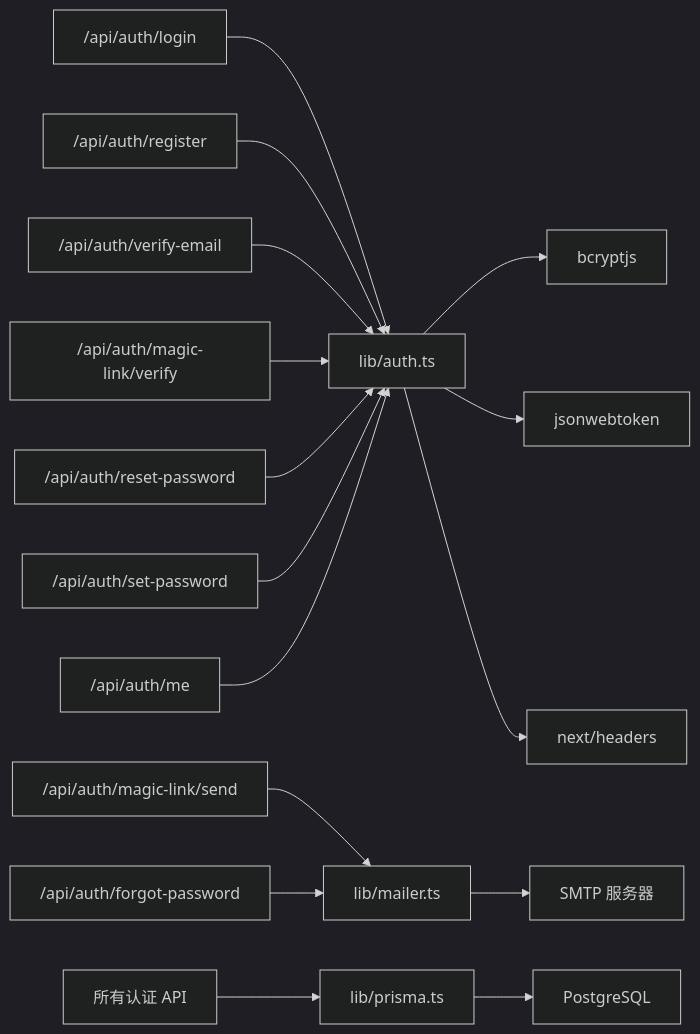
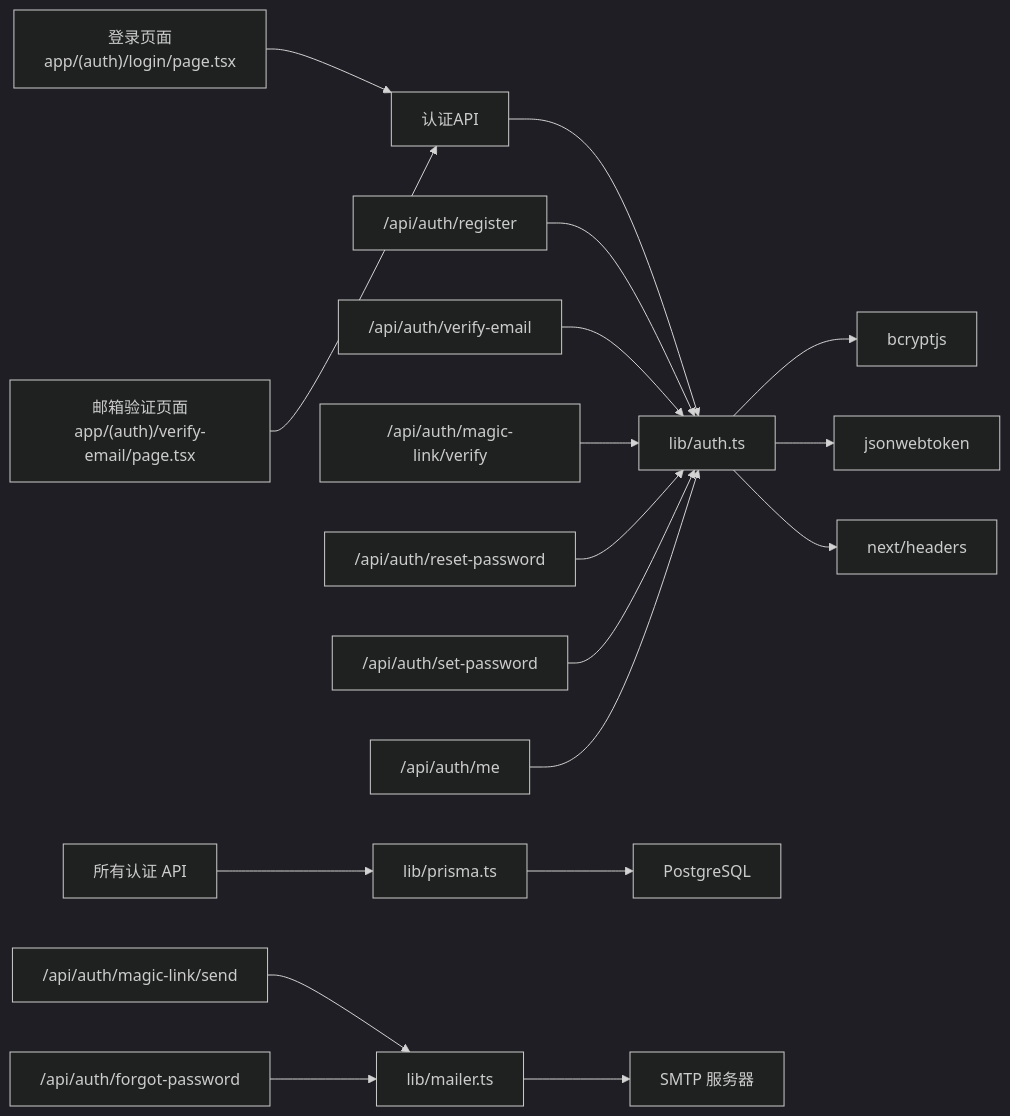
The ninth of 10 diagrams in .qoder/repowiki/zh/content/用户认证系统/用户认证系统.md (kangkang919/xinya), drawn with Mermaid (dark theme) before and after one commit. The commit also changed other lines of this file and 35 other files, not shown here.

````diff
--- a/.qoder/repowiki/zh/content/用户认证系统/用户认证系统.md
+++ b/.qoder/repowiki/zh/content/用户认证系统/用户认证系统.md
@@ -401,18 +450,20 @@
 ```mermaid
 graph LR
 AUTH["lib/auth.ts"] --> BC["bcryptjs"]
 AUTH --> JWT["jsonwebtoken"]
 AUTH --> HDR["next/headers"]
-LOGIN["/api/auth/login"] --> AUTH
+LOGIN_PAGE["登录页面<br/>app/(auth)/login/page.tsx"] --> AUTH_API["认证API"]
+VERIFY_PAGE["邮箱验证页面<br/>app/(auth)/verify-email/page.tsx"] --> AUTH_API
+AUTH_API --> AUTH
 REGISTER["/api/auth/register"] --> AUTH
 VERIFY_EMAIL["/api/auth/verify-email"] --> AUTH
 MAGIC_SEND["/api/auth/magic-link/send"] --> MAILER["lib/mailer.ts"]
 MAGIC_VERIFY["/api/auth/magic-link/verify"] --> AUTH
 FORGOT["/api/auth/forgot-password"] --> MAILER
 RESET["/api/auth/reset-password"] --> AUTH
 SETPWD["/api/auth/set-password"] --> AUTH
 ME["/api/auth/me"] --> AUTH
 ALL_API["所有认证 API"] --> PRISMA["lib/prisma.ts"]
 PRISMA --> DB["PostgreSQL"]
 MAILER --> SMTP["SMTP 服务器"]
 ```
````
